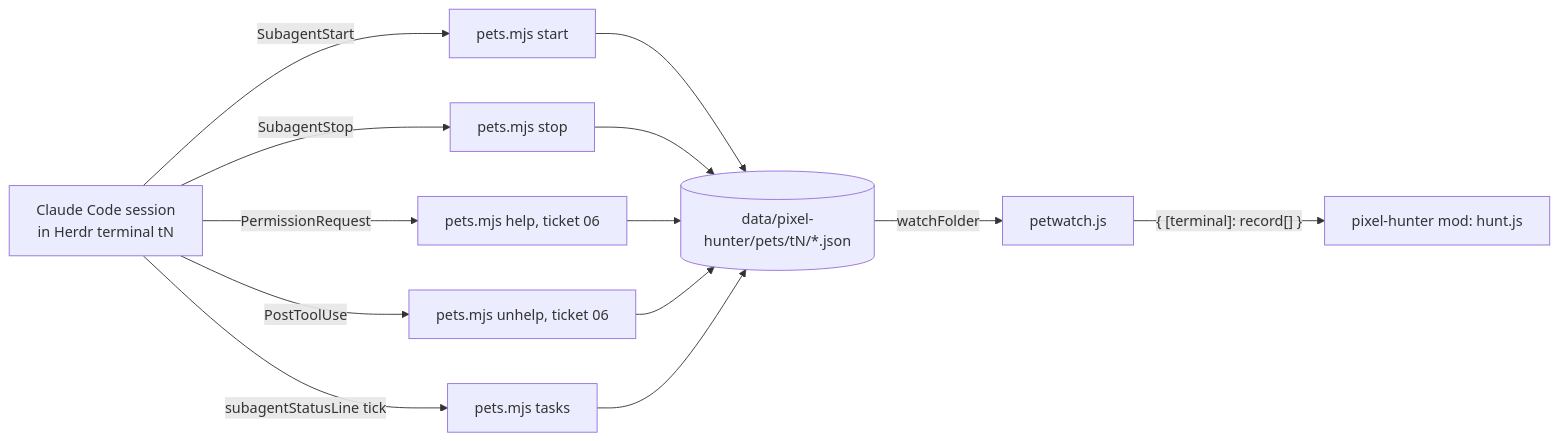
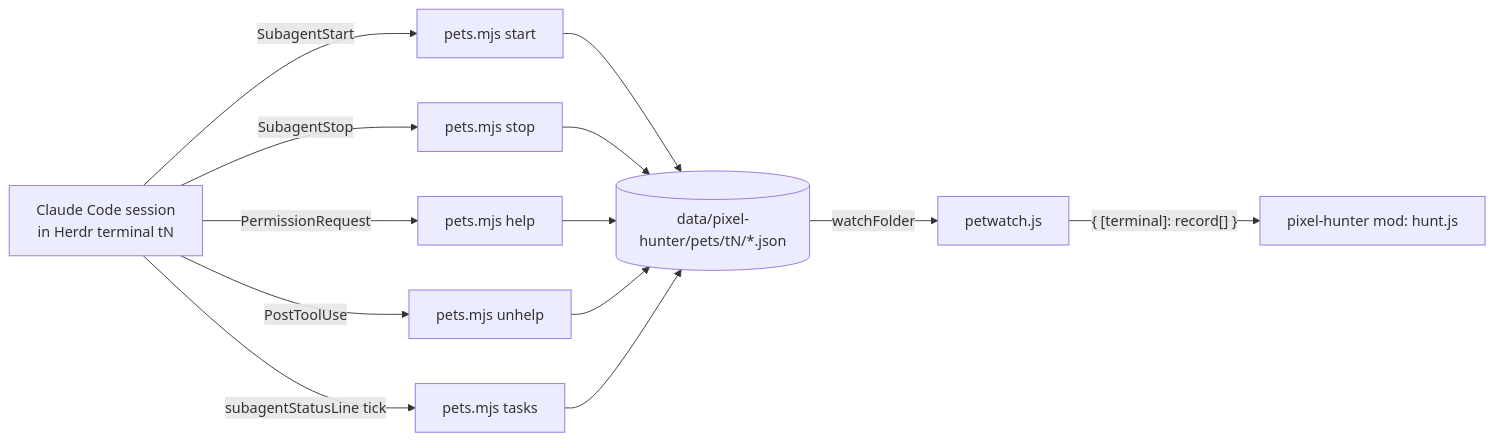
One commit to chuan-khuna/altr-herdr-pixel-hunter changed the diagram in docs/documents/pet-tracking-hooks.md. Above: the diagram before and after it, drawn with Mermaid. The commit also changed other lines of this file and 16 other files, not shown here.

First line of the commit message:
feat: Pet Needs help (ticket 06)

````diff
--- a/docs/documents/pet-tracking-hooks.md
+++ b/docs/documents/pet-tracking-hooks.md
@@ -31,11 +32,11 @@
 ```mermaid
 flowchart LR
   CC[Claude Code session<br>in Herdr terminal tN] -->|SubagentStart| S[pets.mjs start]
   CC -->|SubagentStop| X[pets.mjs stop]
-  CC -->|PermissionRequest| P[pets.mjs help, ticket 06]
-  CC -->|PostToolUse| U[pets.mjs unhelp, ticket 06]
+  CC -->|PermissionRequest| P[pets.mjs help]
+  CC -->|PostToolUse| U[pets.mjs unhelp]
   CC -->|subagentStatusLine tick| T[pets.mjs tasks]
   S & X & P & U & T --> F[(data/pixel-hunter/pets/tN/*.json)]
   F -->|watchFolder| W[petwatch.js]
   W -->|"{ [terminal]: record[] }"| M[pixel-hunter mod: hunt.js]
 ```
````
